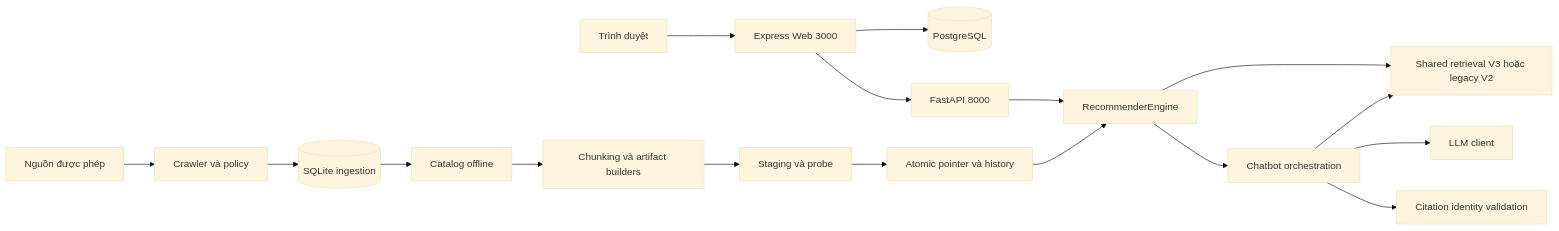
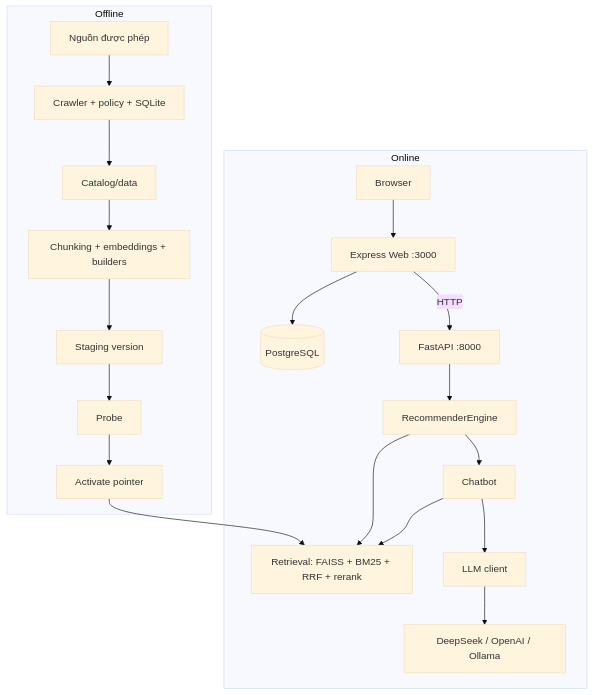
The first of 2 diagrams in docs/ARCHITECTURE.md (tranviettien01072005-dotcom/ITLR--RAG), drawn with Mermaid (base theme) before and after one commit. The commit also changed other lines of this file and 89 other files, not shown here.

````diff
--- a/docs/ARCHITECTURE.md
+++ b/docs/ARCHITECTURE.md
@@ -9,19 +9,23 @@
 ```mermaid
-flowchart LR
-    Browser[Trình duyệt] --> Web[Express Web 3000]
-    Web --> PG[(PostgreSQL)]
-    Web --> API[FastAPI 8000]
-    API --> Engine[RecommenderEngine]
-    Engine --> Retrieval[Shared retrieval V3 hoặc legacy V2]
-    Engine --> Chat[Chatbot orchestration]
-    Chat --> Retrieval
-    Chat --> LLM[LLM client]
-    Chat --> Citations[Citation identity validation]
-    Sources[Nguồn được phép] --> Collect[Crawler và policy]
-    Collect --> SQLite[(SQLite ingestion)]
-    SQLite --> Catalog[Catalog offline]
-    Catalog --> Build[Chunking và artifact builders]
-    Build --> Stage[Staging và probe]
-    Stage --> Pointer[Atomic pointer và history]
-    Pointer --> Engine
+flowchart TB
+    subgraph Online
+        B[Browser] --> W[Express Web :3000]
+        W --> PG[(PostgreSQL)]
+        W -->|HTTP| A[FastAPI :8000]
+        A --> E[RecommenderEngine]
+        E --> R[Retrieval: FAISS + BM25 + RRF + rerank]
+        E --> C[Chatbot]
+        C --> R
+        C --> L[LLM client]
+        L --> P[DeepSeek / OpenAI / Ollama]
+    end
+    subgraph Offline
+        S[Nguồn được phép] --> K[Crawler + policy + SQLite]
+        K --> D[Catalog/data]
+        D --> BU[Chunking + embeddings + builders]
+        BU --> V[Staging version]
+        V --> PR[Probe]
+        PR --> ACT[Activate pointer]
+        ACT --> R
+    end
 ```
````
